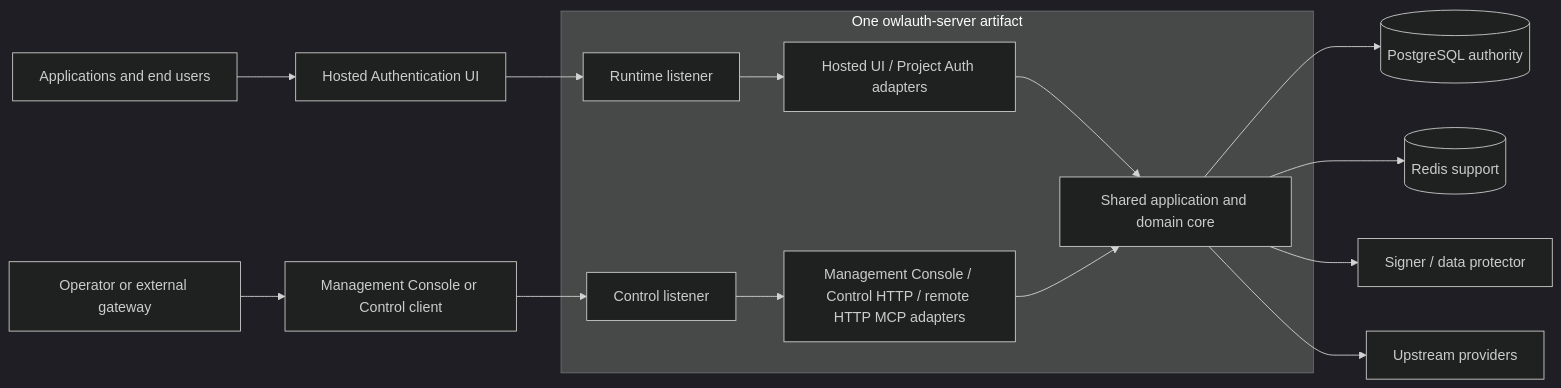
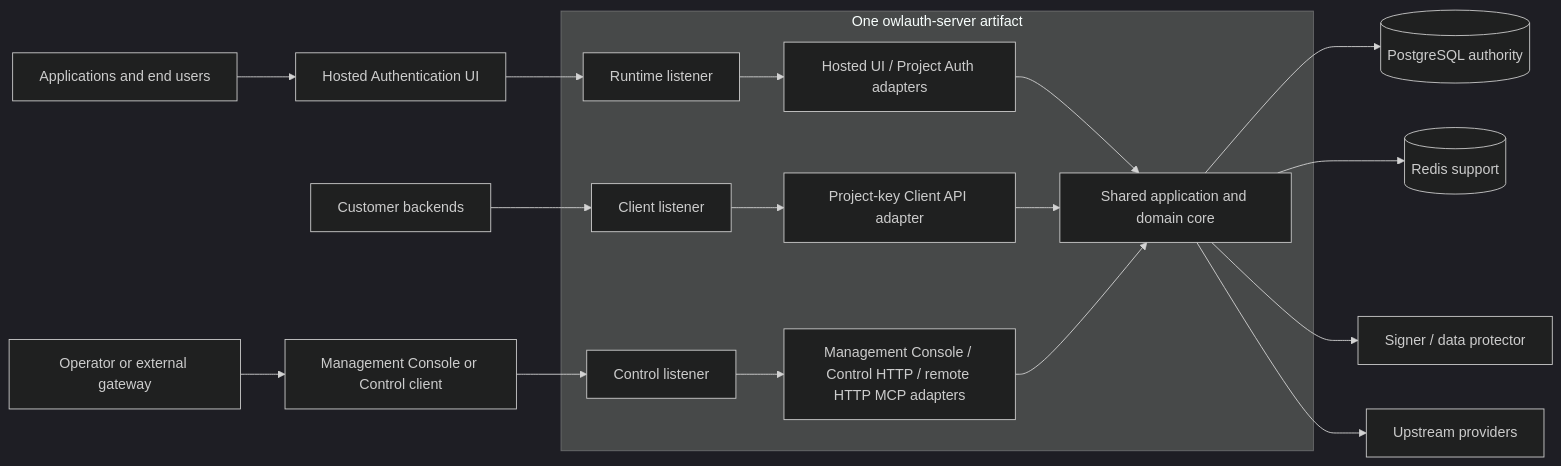
One commit to owlfoundry/owlauth changed the second of 3 diagrams in docs/guide/architecture.md. Above: the diagram before and after it, drawn with Mermaid (dark theme). The commit also changed other lines of this file and 320 other files, not shown here.

Commit message:
feat(server+cli+web+repo): complete project client API

````diff
--- a/docs/guide/architecture.md
+++ b/docs/guide/architecture.md
@@ -99,19 +99,22 @@
 ```mermaid
 flowchart LR
     Apps[Applications and end users] --> Hosted[Hosted Authentication UI]
     Hosted --> RL[Runtime listener]
+    Backends[Customer backends] --> BL[Client listener]
     Ops[Operator or external gateway] --> Console[Management Console or Control client]
     Console --> CL[Control listener]
 
     subgraph Server[One owlauth-server artifact]
         RL --> RA[Hosted UI / Project Auth adapters]
+        BL --> BA[Project-key Client API adapter]
         CL --> CA[Management Console / Control HTTP / remote HTTP MCP adapters]
         RA --> Core[Shared application and domain core]
+        BA --> Core
         CA --> Core
     end
 
     Core --> PG[(PostgreSQL authority)]
     Core --> Redis[(Redis support)]
     Core --> Keys[Signer / data protector]
     Core --> IdP[Upstream providers]
 ```
````
